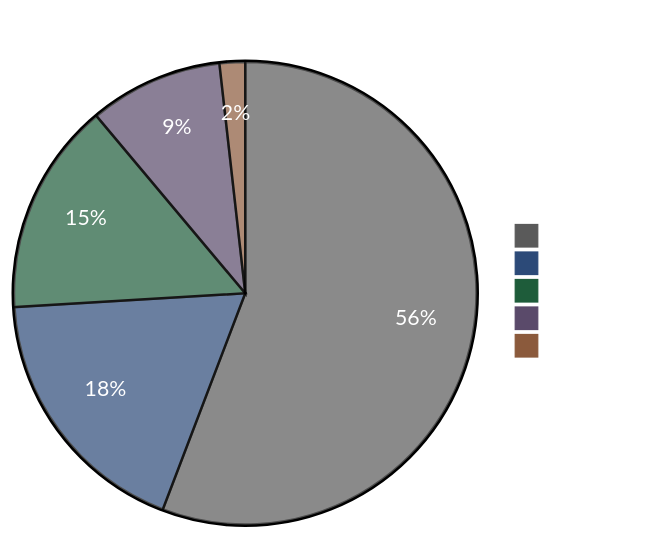
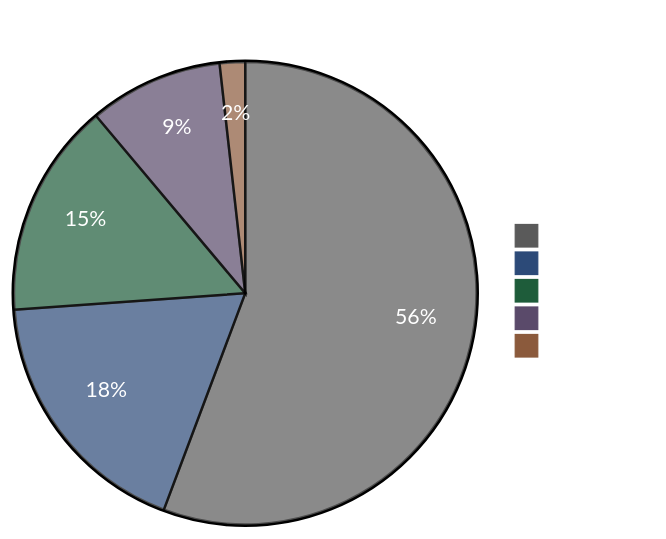
Before and after one commit to ccmeteorljh/reco-arxiv-daily: the diagram in README.md, drawn with Mermaid. The commit also changed other lines of this file and 7 other files, not shown here.

````diff
--- a/README.md
+++ b/README.md
@@ -6,19 +6,19 @@
 ```mermaid
 %%{init: {'theme':'base', 'themeVariables': {
   'pie1':'#5a5a5a',
   'pie2':'#2c4a78',
   'pie3':'#1e5c3a',
   'pie4':'#5a4a6a',
   'pie5':'#8b5a3c',
   'pieTitleTextColor':'#ffffff',
   'pieSectionTextColor':'#ffffff',
   'pieLegendTextColor':'#ffffff'
 }}}%%
 pie showData
 title Paper Distribution by Tag
-  "Other" : 688
+  "Other" : 691
   "LLM" : 225
-  "GR" : 183
-  "Seq" : 115
+  "GR" : 186
+  "Seq" : 116
   "Scaling" : 22
 ```
````
